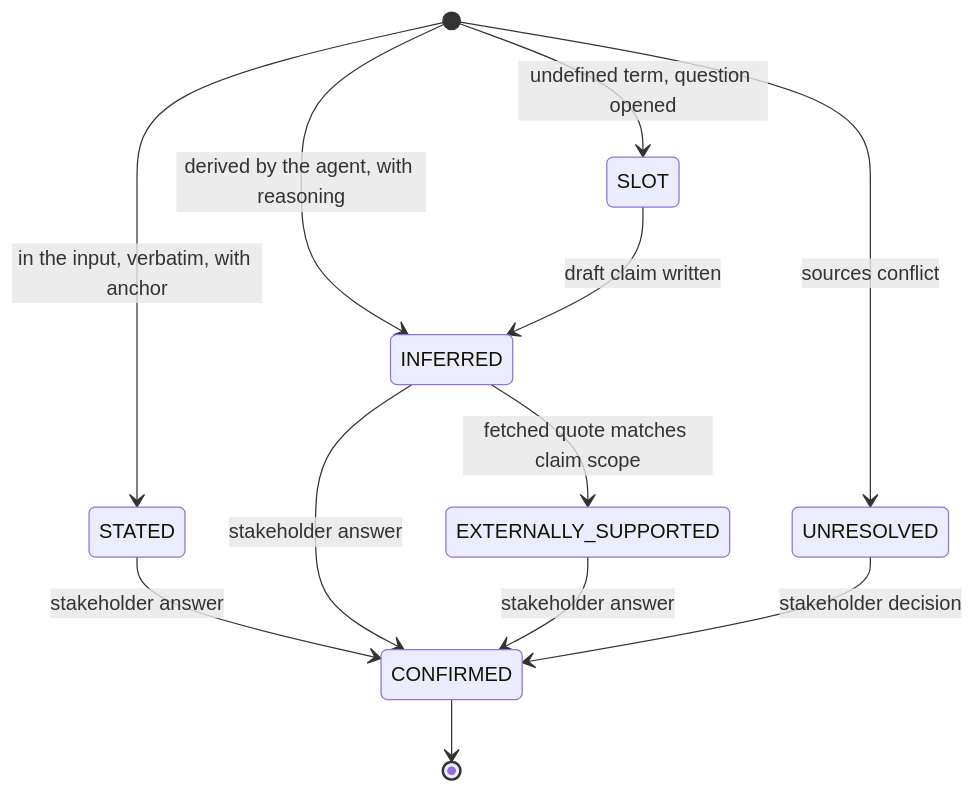
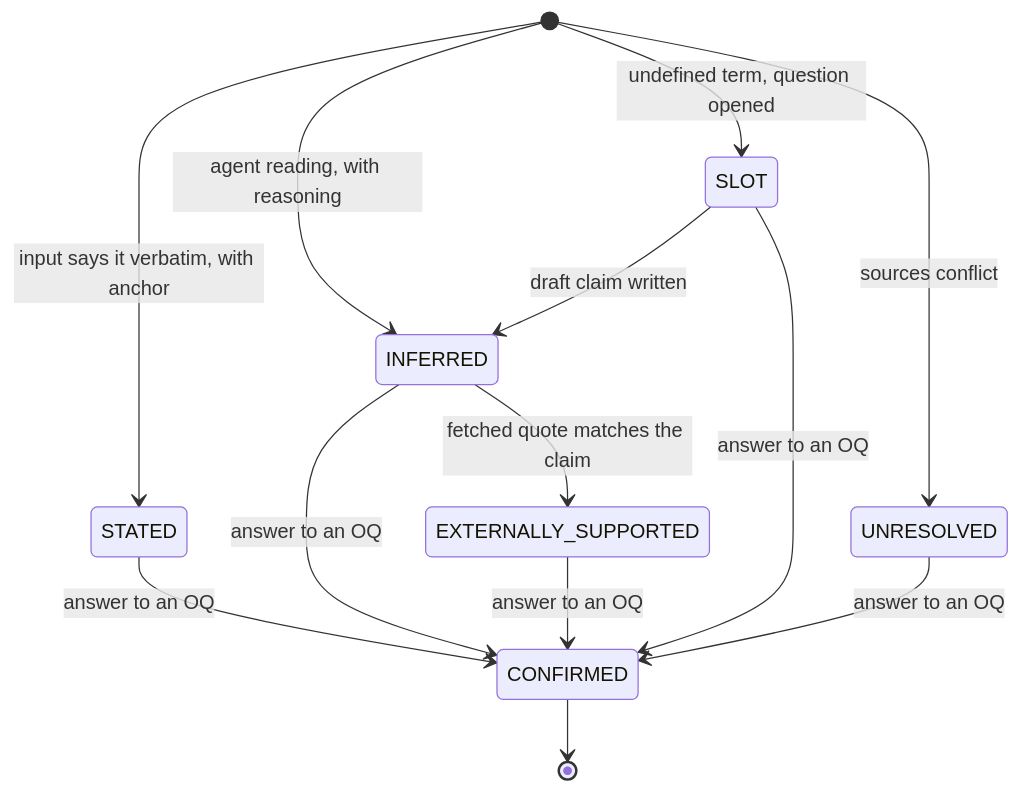
The fifth of 12 diagrams in README.md (Anilkumark17/MCP-Skill-integration), drawn with Mermaid before and after one commit. The commit also changed other lines of this file and 15 other files, not shown here.

````diff
--- a/README.md
+++ b/README.md
@@ -43,14 +118,15 @@
 ```mermaid
 stateDiagram-v2
-    [*] --> STATED: in the input, verbatim, with anchor
-    [*] --> INFERRED: derived by the agent, with reasoning
+    [*] --> STATED: input says it verbatim, with anchor
+    [*] --> INFERRED: agent reading, with reasoning
     [*] --> SLOT: undefined term, question opened
     [*] --> UNRESOLVED: sources conflict
     SLOT --> INFERRED: draft claim written
-    INFERRED --> EXTERNALLY_SUPPORTED: fetched quote matches claim scope
-    STATED --> CONFIRMED: stakeholder answer
-    INFERRED --> CONFIRMED: stakeholder answer
-    EXTERNALLY_SUPPORTED --> CONFIRMED: stakeholder answer
-    UNRESOLVED --> CONFIRMED: stakeholder decision
+    INFERRED --> EXTERNALLY_SUPPORTED: fetched quote matches the claim
+    STATED --> CONFIRMED: answer to an OQ
+    INFERRED --> CONFIRMED: answer to an OQ
+    EXTERNALLY_SUPPORTED --> CONFIRMED: answer to an OQ
+    SLOT --> CONFIRMED: answer to an OQ
+    UNRESOLVED --> CONFIRMED: answer to an OQ
     CONFIRMED --> [*]
 ```
````
